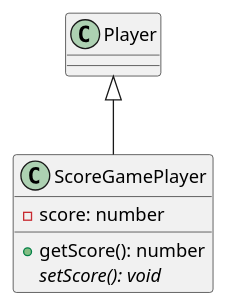
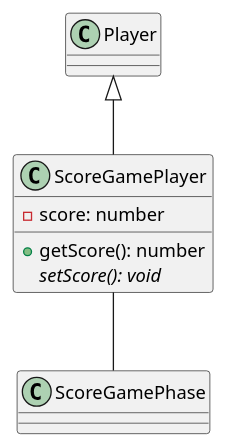
One commit to recursion-teamdev-teamd/devlog changed the diagram in uml/akiba/ScoreGamePlayer.puml. Above: the diagram before and after it, drawn with PlantUML. The commit also changed 9 other files, not shown here.

Commit message:
done creating uml akiba

```diff
--- a/uml/akiba/ScoreGamePlayer.puml
+++ b/uml/akiba/ScoreGamePlayer.puml
@@ -1,5 +1,7 @@
 class ScoreGamePlayer extends Player{
   -score: number
   +getScore(): number
   {abstract}setScore(): void
 }
+
+ScoreGamePlayer -- ScoreGamePhase
```
